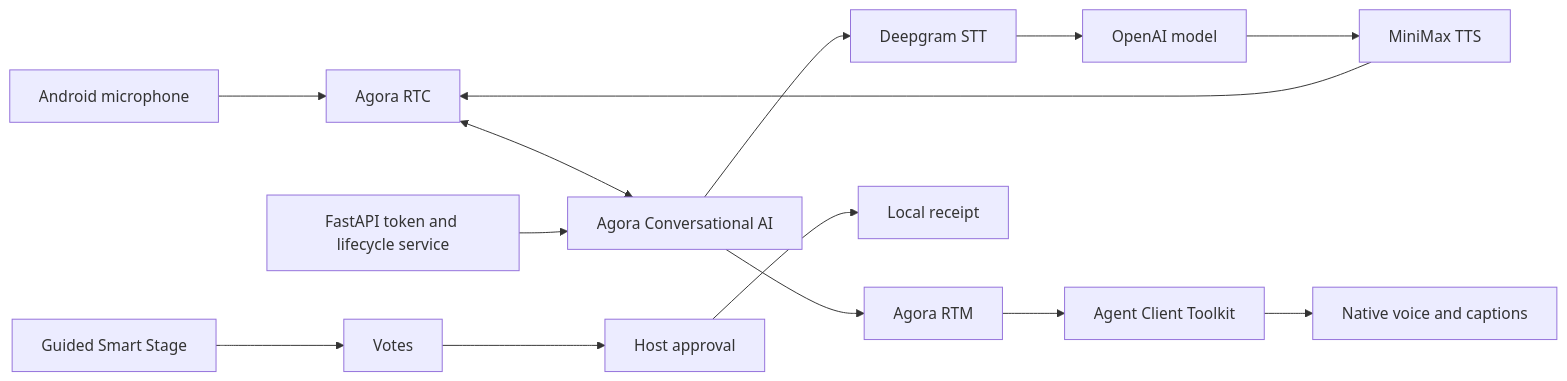
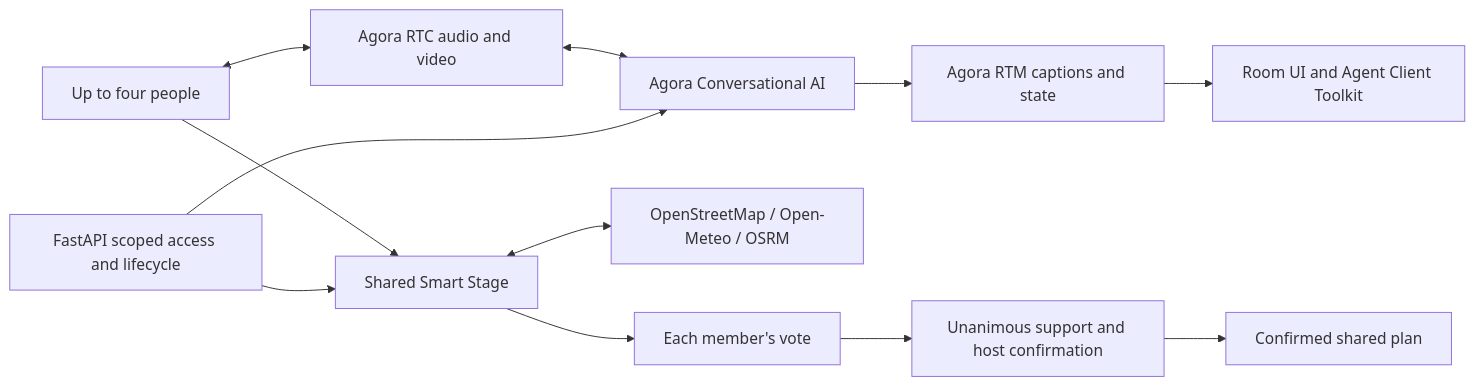
The diagram in README.md (shhhivam12/agora-decision-rooms), drawn with Mermaid before and after one commit. The commit also changed other lines of this file and 373 other files, not shown here.

Commit message:
Publish Agora Decision Rooms rebrand, shared Smart Stage and current screenshot story

````diff
--- a/README.md
+++ b/README.md
@@ -83,16 +68,14 @@
 ```mermaid
 flowchart LR
-    User[Android microphone] --> RTC[Agora RTC]
-    RTC <--> Agent[Agora Conversational AI]
-    Agent --> STT[Deepgram STT]
-    STT --> LLM[OpenAI model]
-    LLM --> TTS[MiniMax TTS]
-    TTS --> RTC
-    Agent --> RTM[Agora RTM]
-    RTM --> Toolkit[Agent Client Toolkit]
-    Toolkit --> UI[Native voice and captions]
-    Backend[FastAPI token and lifecycle service] --> Agent
-    Stage[Guided Smart Stage] --> Vote[Votes]
-    Vote --> Approval[Host approval]
-    Approval --> Receipt[Local receipt]
+    People[Up to four people] <--> RTC[Agora RTC audio and video]
+    RTC <--> Kabir[Agora Conversational AI]
+    Kabir --> RTM[Agora RTM captions and state]
+    RTM --> UI[Room UI and Agent Client Toolkit]
+    People --> Stage[Shared Smart Stage]
+    Backend[FastAPI scoped access and lifecycle] --> Stage
+    Backend --> Kabir
+    Stage <--> Checks[OpenStreetMap / Open-Meteo / OSRM]
+    Stage --> Votes[Each member's vote]
+    Votes --> Approval[Unanimous support and host confirmation]
+    Approval --> Plan[Confirmed shared plan]
 ```
````
